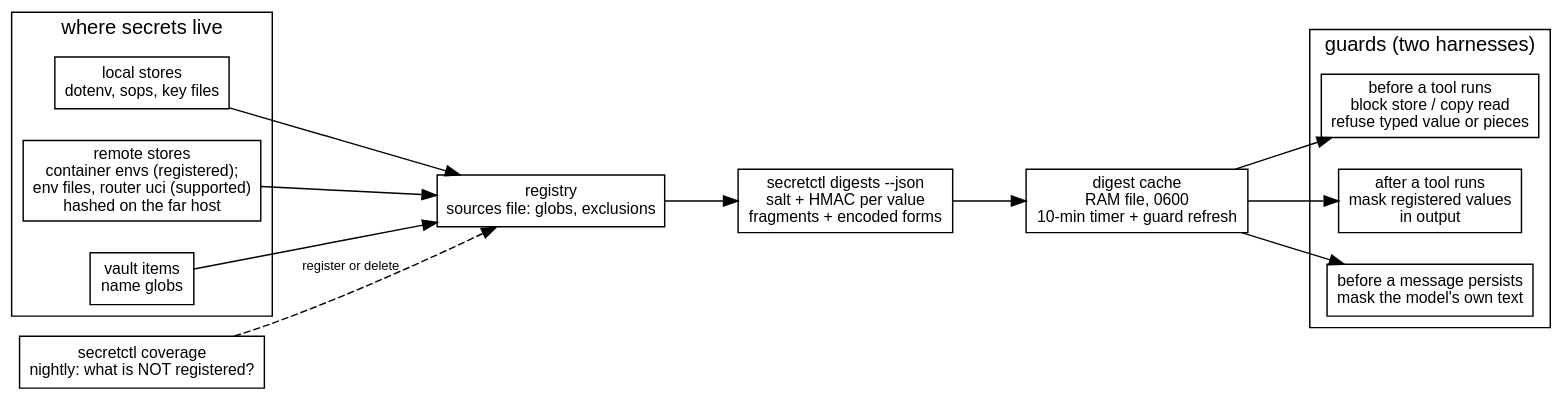
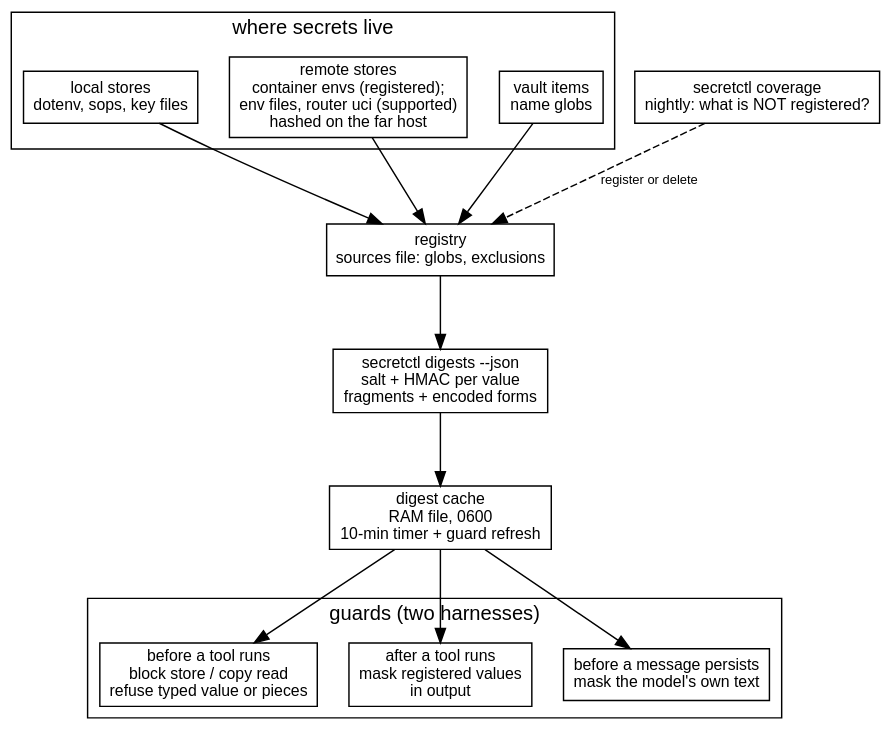
Before and after one commit to erfianugrah/lexicanum: the diagram in src/content/docs/reference/agent-secret-guard.mdx, drawn with Graphviz. The commit also changed other lines of this file and 14 other files, not shown here.

First line of the commit message:
docs(harnesses): presentation, diagram and prose pass over the pi harness series (lexicanum#57)

````diff
--- a/src/content/docs/reference/agent-secret-guard.mdx
+++ b/src/content/docs/reference/agent-secret-guard.mdx
@@ -127,31 +121,31 @@
 ```dot
 digraph {
-  rankdir=LR; bgcolor="transparent"; nodesep=0.3; ranksep=0.7;
+  rankdir=TB; bgcolor="transparent"; nodesep=0.3; ranksep=0.7;
   fontname="Helvetica,Arial,sans-serif";
   node [fontname="Helvetica,Arial,sans-serif", fontsize=11, shape=box];
   edge [fontname="Helvetica,Arial,sans-serif", fontsize=9];
 
   subgraph cluster_stores {
     label="where secrets live";
     local [label="local stores\ndotenv, sops, key files"];
     remote [label="remote stores\ncontainer envs (registered);\nenv files, router uci (supported)\nhashed on the far host"];
     vault [label="vault items\nname globs"];
   }
   registry [label="registry\nsources file: globs, exclusions"];
   digests [label="secretctl digests --json\nsalt + HMAC per value\nfragments + encoded forms"];
   cache [label="digest cache\nRAM file, 0600\n10-min timer + guard refresh"];
   subgraph cluster_guards {
     label="guards (two harnesses)";
     pre [label="before a tool runs\nblock store / copy read\nrefuse typed value or pieces"];
     post [label="after a tool runs\nmask registered values\nin output"];
     msg [label="before a message persists\nmask the model's own text"];
   }
   coverage [label="secretctl coverage\nnightly: what is NOT registered?"];
 
   local -> registry; remote -> registry; vault -> registry;
   registry -> digests;
   digests -> cache;
   cache -> pre; cache -> post; cache -> msg;
   coverage -> registry [label="register or delete", style=dashed];
 }
 ```
````
